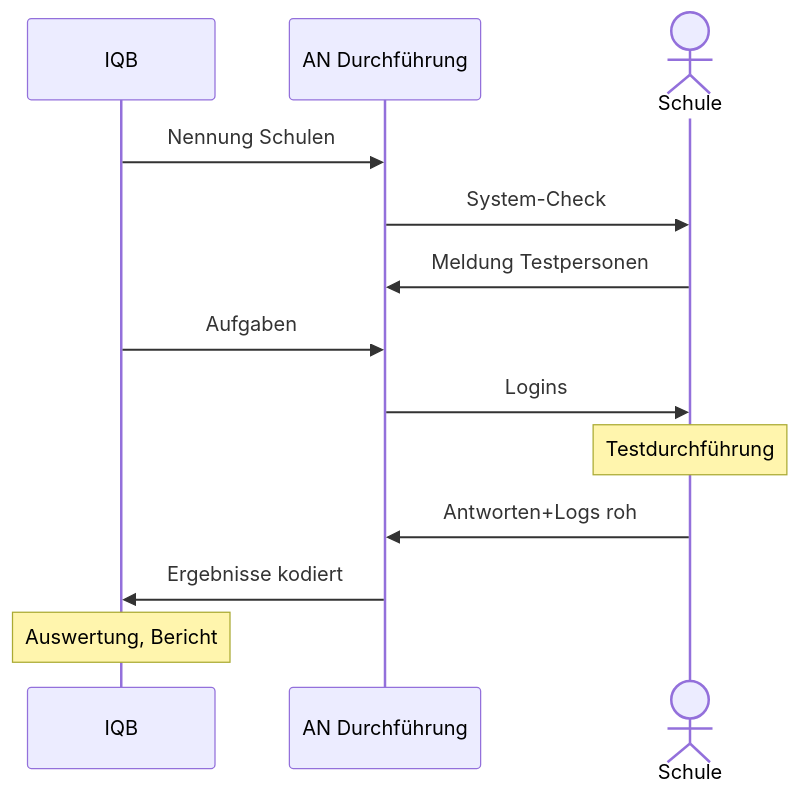
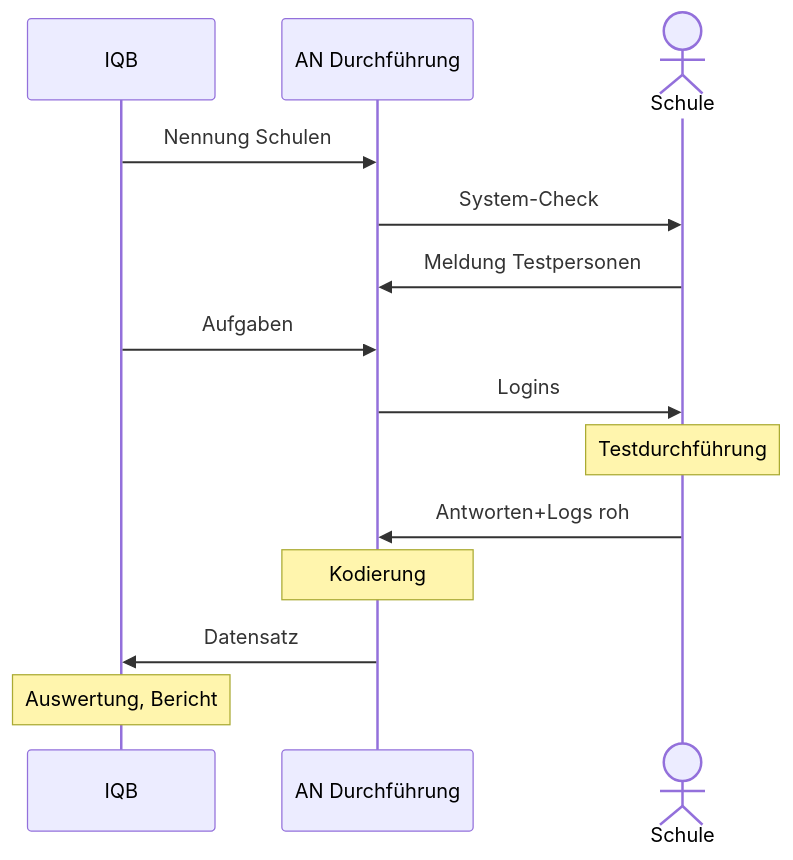
Before and after one commit to verona-interfaces/verona-interfaces.github.io: the second of 3 diagrams in intro/tba.qmd, drawn with Mermaid.

Commit message:
Update sequence diagrams in tba

````diff
--- a/intro/tba.qmd
+++ b/intro/tba.qmd
@@ -75,15 +75,16 @@
 ```{mermaid}
 sequenceDiagram
     participant IQB
     participant AN as AN Durchführung
     Actor Schule
     IQB->>AN: Nennung Schulen
     AN->>Schule: System-Check
     Schule->>AN: Meldung Testpersonen
     IQB->>AN: Aufgaben
     AN->>Schule: Logins
     note over Schule: Testdurchführung
     Schule->>AN: Antworten+Logs roh
-    AN->>IQB: Ergebnisse kodiert
+    note over AN: Kodierung
+    AN->>IQB: Datensatz
     note over IQB: Auswertung, Bericht
 ```
````
